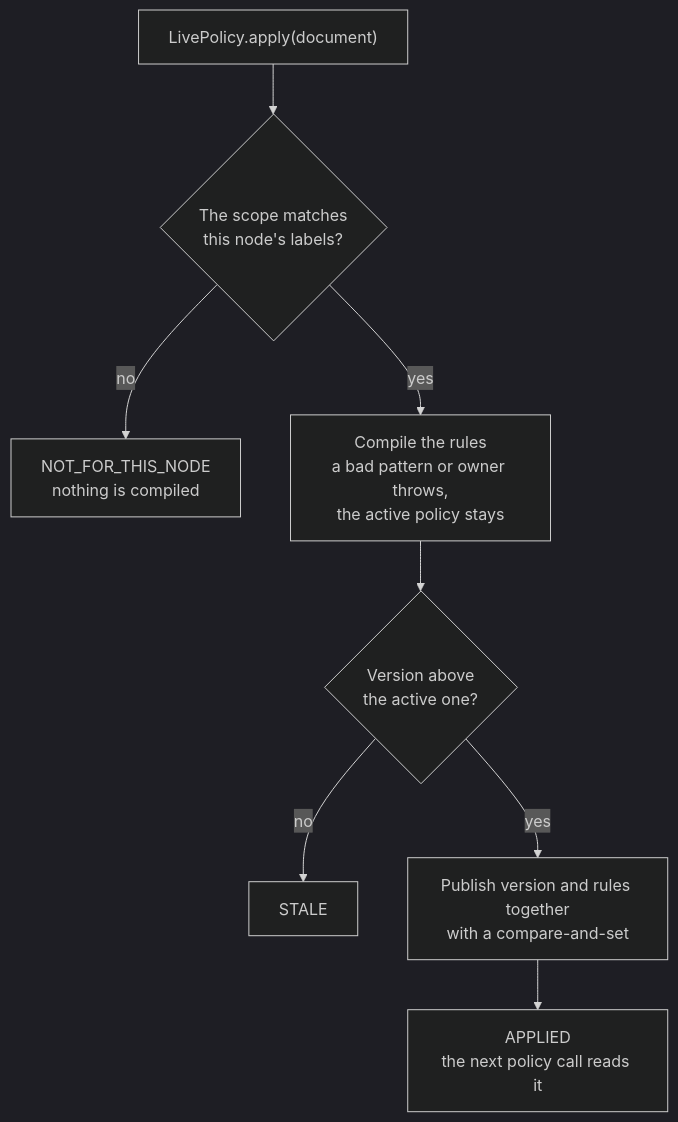
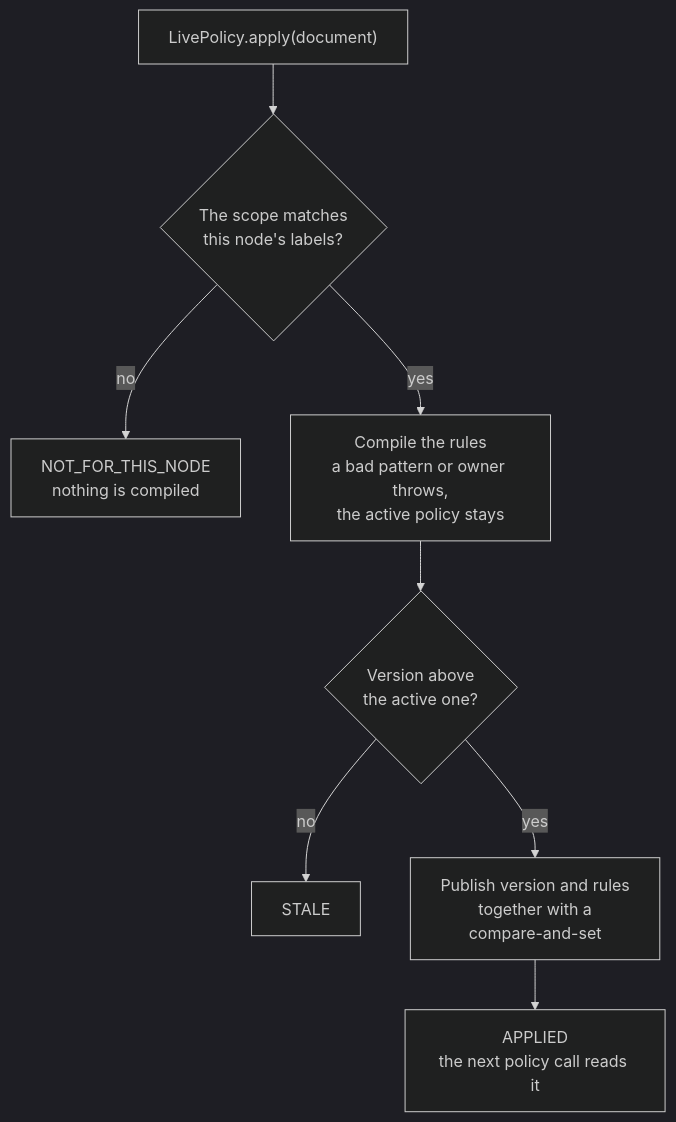
One commit to BlivionIaG/sjws_nettask changed the first of 2 diagrams in docs/design/control-plane-security.md. Above: the diagram before and after it, drawn with Mermaid (dark theme). The commit also changed other lines of this file and 8 other files, not shown here.

First line of the commit message:
docs: re-wrap long diagram labels so words do not orphan

````diff
--- a/docs/design/control-plane-security.md
+++ b/docs/design/control-plane-security.md
@@ -45,10 +45,10 @@
 ```mermaid
 flowchart TD
     a["LivePolicy.apply(document)"] --> s{"The scope matches<br/>this node's labels?"}
     s -->|no| nf["NOT_FOR_THIS_NODE<br/>nothing is compiled"]
     s -->|yes| c["Compile the rules<br/>a bad pattern or owner throws,<br/>the active policy stays"]
     c --> v{"Version above<br/>the active one?"}
     v -->|no| st["STALE"]
-    v -->|yes| p["Publish version and rules together<br/>with a compare-and-set"]
+    v -->|yes| p["Publish version and rules<br/>together with a<br/>compare-and-set"]
     p --> ap["APPLIED<br/>the next policy call reads it"]
 ```
````
